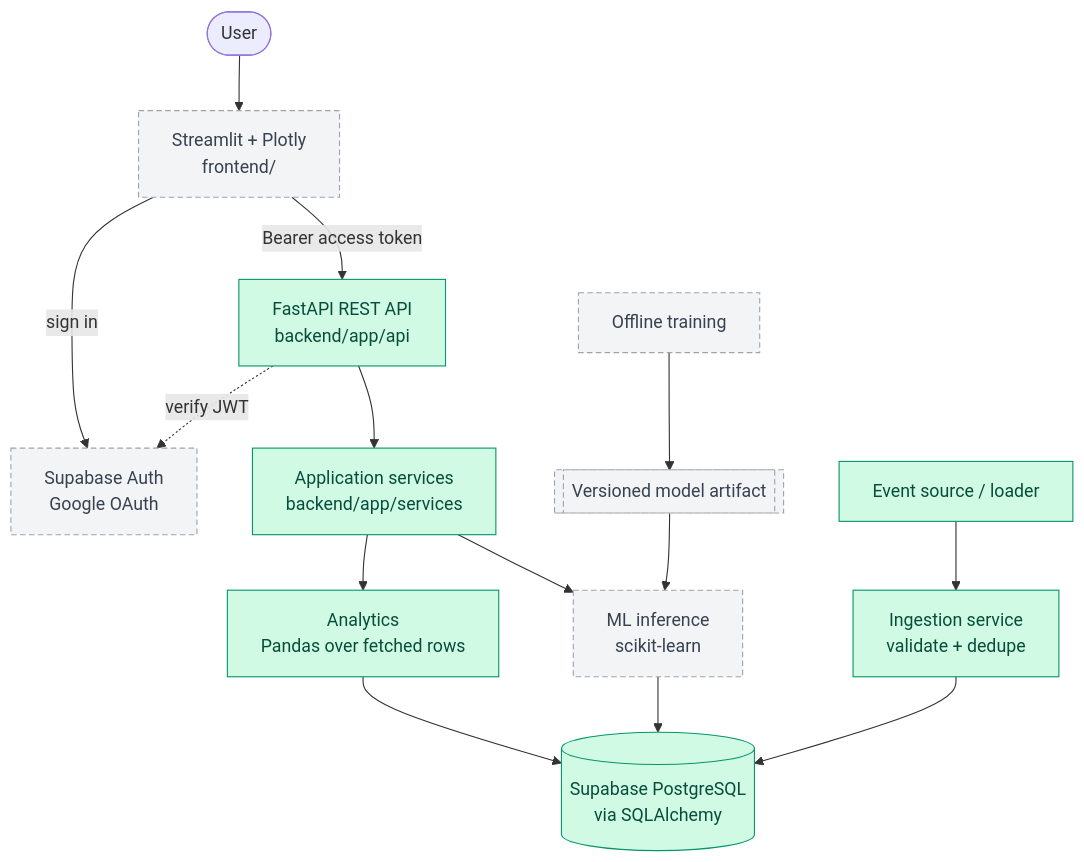
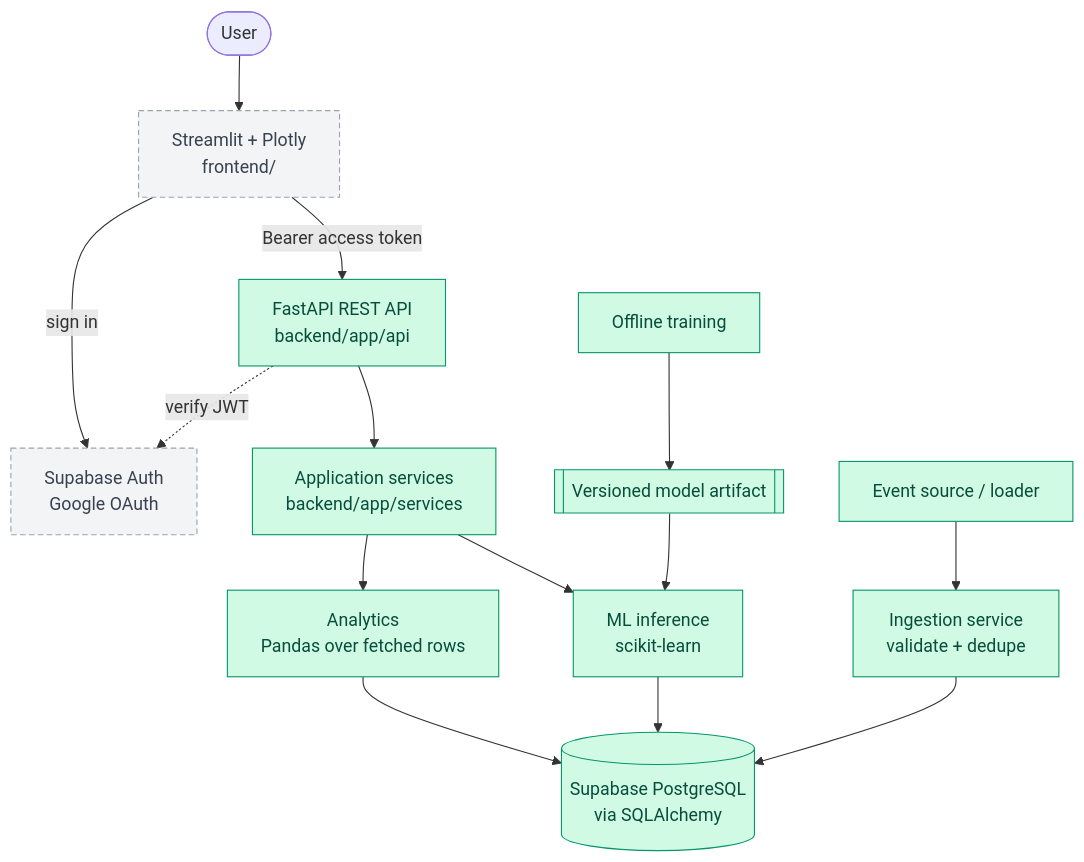
The first of 2 diagrams in docs/02-architecture.md (yashdiwan12/Churnscope), drawn with Mermaid before and after one commit. The commit also changed other lines of this file and 31 other files, not shown here.

````diff
--- a/docs/02-architecture.md
+++ b/docs/02-architecture.md
@@ -5,21 +5,21 @@
 ```mermaid
 flowchart TD
     user([User]) --> ui["Streamlit + Plotly<br/>frontend/"]
     ui -- "sign in" --> auth["Supabase Auth<br/>Google OAuth"]
     ui -- "Bearer access token" --> api["FastAPI REST API<br/>backend/app/api"]
     api -. "verify JWT" .-> auth
     api --> svc["Application services<br/>backend/app/services"]
     svc --> an["Analytics<br/>Pandas over fetched rows"]
     svc --> inf["ML inference<br/>scikit-learn"]
     an --> db[("Supabase PostgreSQL<br/>via SQLAlchemy")]
     inf --> db
     src["Event source / loader"] --> ing["Ingestion service<br/>validate + dedupe"]
     ing --> db
     train["Offline training"] --> art[["Versioned model artifact"]]
     art --> inf
 
-    class api,svc,an,ing,db,src built
-    class ui,auth,inf,train,art planned
+    class api,svc,an,ing,db,src,inf,train,art built
+    class ui,auth planned
     classDef built fill:#d1fae5,stroke:#059669,color:#064e3b
     classDef planned fill:#f3f4f6,stroke:#9ca3af,stroke-dasharray: 5 3,color:#374151
 ```
````
